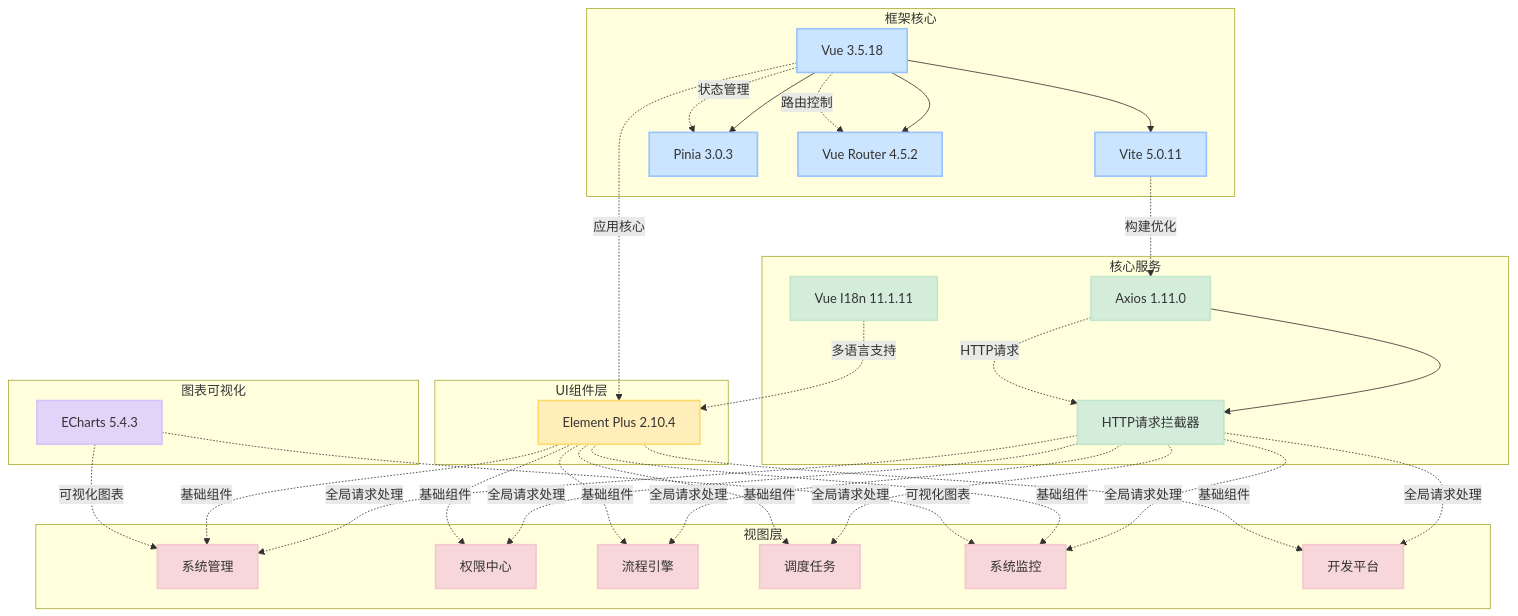
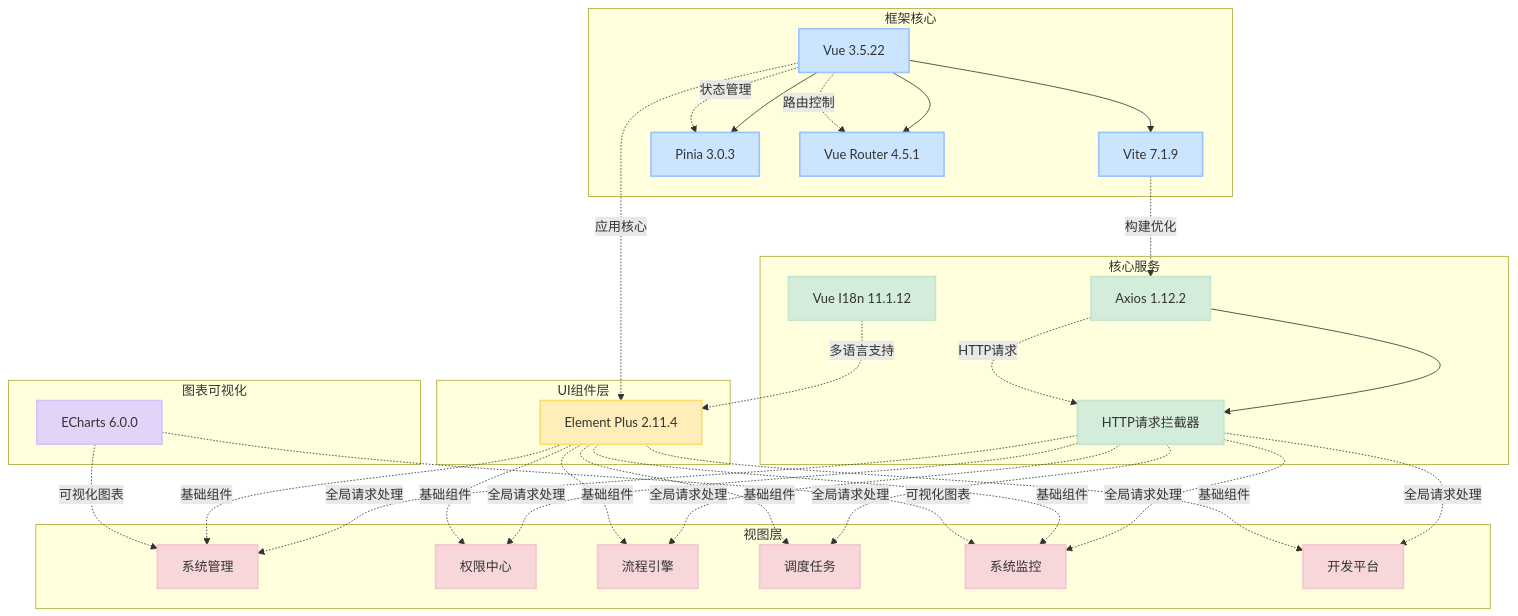
Before and after one commit to ivanDannels/apaas: the sixth of 26 diagrams in docs/APaaS平台详细设计文档.md, drawn with Mermaid. The commit also changed other lines of this file and 31 other files, not shown here.

````diff
--- a/docs/APaaS平台详细设计文档.md
+++ b/docs/APaaS平台详细设计文档.md
@@ -819,63 +888,63 @@
 ```mermaid
 flowchart TD
     subgraph 框架核心
-        A[Vue 3.5.18] --> B[Vite 5.0.11]
+        A[Vue 3.5.22] --> B[Vite 7.1.9]
         A --> C[Pinia 3.0.3]
-        A --> D[Vue Router 4.5.2]
+        A --> D[Vue Router 4.5.1]
     end
 
     subgraph UI组件层
-        E[Element Plus 2.10.4]
+        E[Element Plus 2.11.4]
     end
 
     subgraph 核心服务
-        F[Axios 1.11.0] --> G[HTTP请求拦截器]
-        H[Vue I18n 11.1.11]
+        F[Axios 1.12.2] --> G[HTTP请求拦截器]
+        H[Vue I18n 11.1.12]
     end
 
     subgraph 视图层
         I[系统管理]
         J[权限中心]
         K[流程引擎]
         L[调度任务]
         M[系统监控]
         N[开发平台]
     end
 
     subgraph 图表可视化
-        O[ECharts 5.4.3]
+        O[ECharts 6.0.0]
     end
 
     A -.应用核心.-> E
     A -.状态管理.-> C
     A -.路由控制.-> D
     B -.构建优化.-> F
     F -.HTTP请求.-> G
     G -.全局请求处理.-> I
     G -.全局请求处理.-> J
     G -.全局请求处理.-> K
     G -.全局请求处理.-> L
     G -.全局请求处理.-> M
     G -.全局请求处理.-> N
     H -.多语言支持.-> E
     E -.基础组件.-> I
     E -.基础组件.-> J
     E -.基础组件.-> K
     E -.基础组件.-> L
     E -.基础组件.-> M
     E -.基础组件.-> N
     O -.可视化图表.-> M
     O -.可视化图表.-> I
 
     classDef core fill:#cce5ff,stroke:#99c2ff,stroke-width:2px
     classDef ui fill:#ffeeba,stroke:#ffda6a,stroke-width:2px
     classDef service fill:#d4edda,stroke:#c3e6cb,stroke-width:2px
     classDef view fill:#f8d7da,stroke:#f5c6cb,stroke-width:2px
     classDef chart fill:#e2d3f9,stroke:#d6c4f8,stroke-width:2px
 
     class A,B,C,D core
     class E ui
     class F,G,H service
     class I,J,K,L,M,N view
     class O chart
 ```
````
